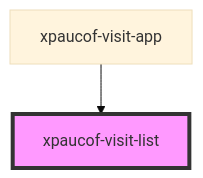
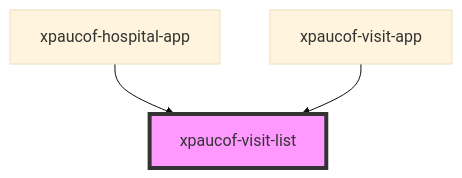
One commit to FilipPauco/hospital-ufe changed the diagram in src/components/xpaucof-visit-list/readme.md. Above: the diagram before and after it, drawn with Mermaid (base theme). The commit also changed other lines of this file and 15 other files, not shown here.

First line of the commit message:
refactor: remove xmesiarikova bed components and integrate into xpaucof hospital app

````diff
--- a/src/components/xpaucof-visit-list/readme.md
+++ b/src/components/xpaucof-visit-list/readme.md
@@ -30,5 +31,6 @@
 ```mermaid
 graph TD;
+  xpaucof-hospital-app --> xpaucof-visit-list
   xpaucof-visit-app --> xpaucof-visit-list
   style xpaucof-visit-list fill:#f9f,stroke:#333,stroke-width:4px
 ```
````
